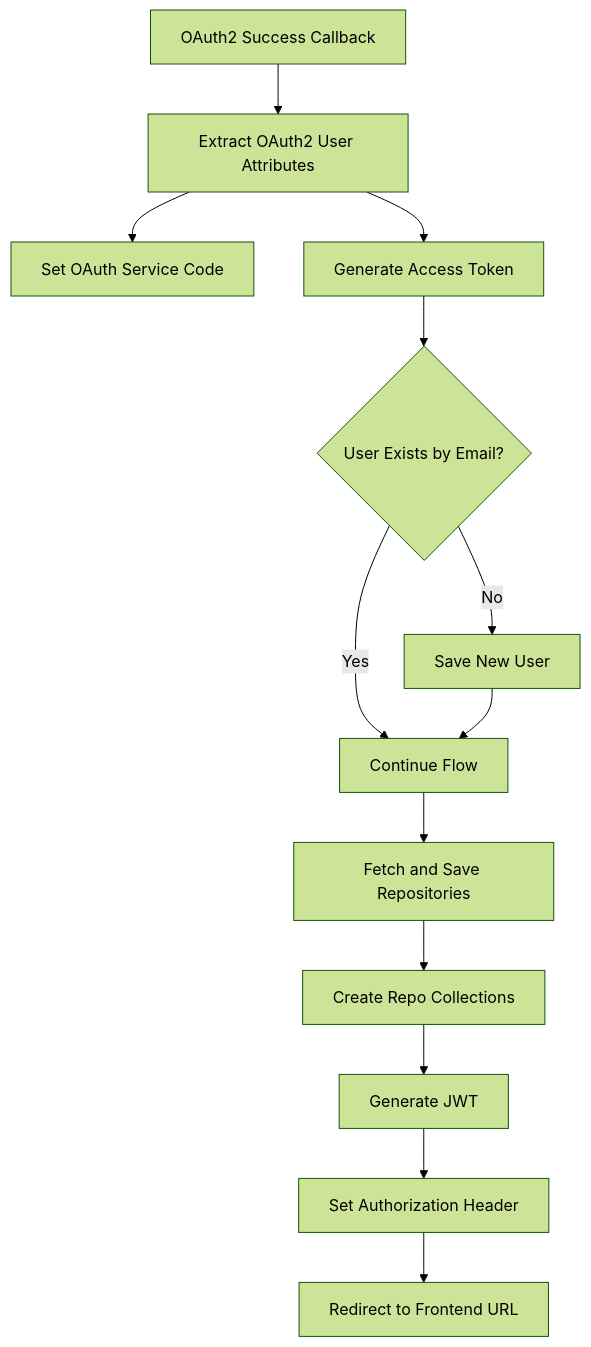
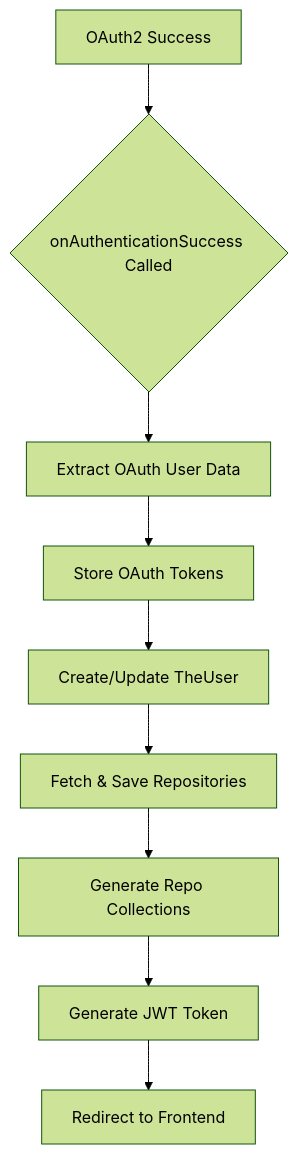
One commit to test-company-prowiz/Easy-Repo changed the diagram in docs/Github-Repository-Management_src_main_java_com_Barsat_Github_Repository_Management_Config_OAuth_OAuthSuccessionHandler.java.md. Above: the diagram before and after it, drawn with Mermaid (forest theme). The commit also changed other lines of this file, not shown here.

Commit message:
docs: auto-generated documentation for docs/Github-Repository-Management_src_main_java_com_Barsat_Github_Repository_Management_Config_OAuth_OAuthSuccessionHandler.java.md

````diff
--- a/docs/Github-Repository-Management_src_main_java_com_Barsat_Github_Repository_Management_Config_OAuth_OAuthSuccessionHandler.java.md
+++ b/docs/Github-Repository-Management_src_main_java_com_Barsat_Github_Repository_Management_Config_OAuth_OAuthSuccessionHandler.java.md
@@ -53,15 +62,11 @@
 ```mermaid
 graph TD
-A[OAuth2 Success Callback] --> B[Extract OAuth2 User Attributes];
-B --> C[Set OAuth Service Code];
-B --> D[Generate Access Token];
-D --> E{User Exists by Email?};
-E -- No --> F[Save New User];
-E -- Yes --> G[Continue Flow];
-F --> G;
-G --> H[Fetch and Save Repositories];
-H --> I[Create Repo Collections];
-I --> J[Generate JWT];
-J --> K[Set Authorization Header];
-K --> L[Redirect to Frontend URL];
+A[OAuth2 Success] --> B{onAuthenticationSuccess Called}
+B --> C[Extract OAuth User Data]
+C --> D[Store OAuth Tokens]
+D --> E[Create/Update TheUser]
+E --> F[Fetch & Save Repositories]
+F --> G[Generate Repo Collections]
+G --> H[Generate JWT Token]
+H --> I[Redirect to Frontend]
 ```
````
